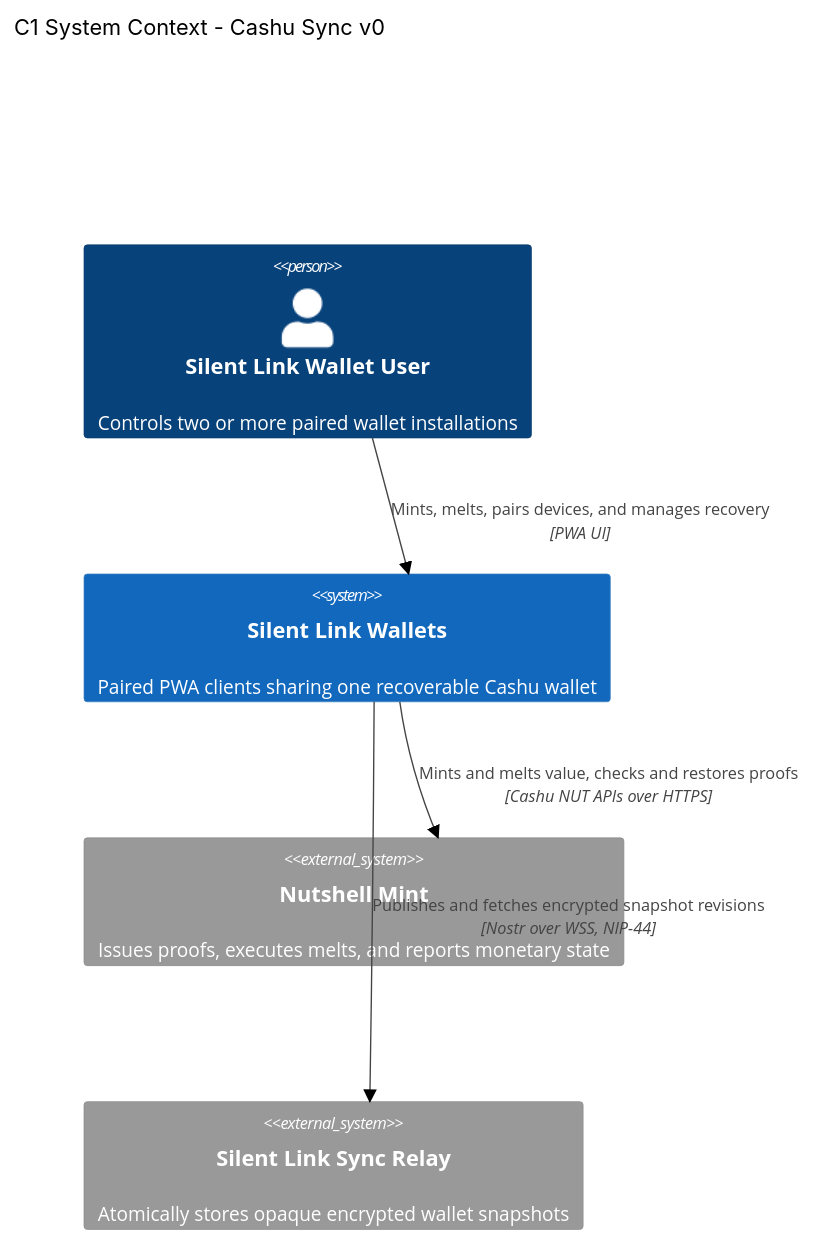
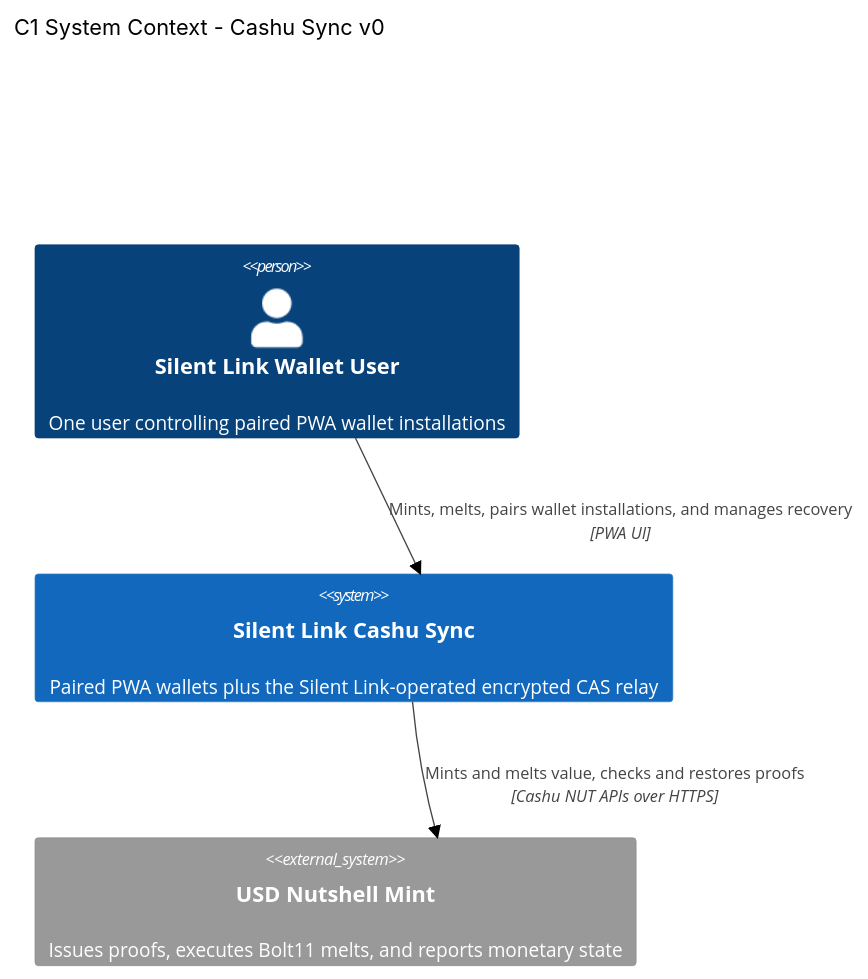
Before and after one commit to brenorb/cashu-sync: the diagram in docs/architecture/c1-system-context.md, drawn with Mermaid (neutral theme). The commit also changed other lines of this file and 12 other files, not shown here.

Commit message:
docs: finalize v0 architecture and local tutorial

````diff
--- a/docs/architecture/c1-system-context.md
+++ b/docs/architecture/c1-system-context.md
@@ -7,17 +7,14 @@
 ```mermaid
 C4Context
   title C1 System Context - Cashu Sync v0
 
-  Person(walletUser, "Silent Link Wallet User", "Controls two or more paired wallet installations")
+  Person(walletUser, "Silent Link Wallet User", "One user controlling paired PWA wallet installations")
 
-  System(walletClients, "Silent Link Wallets", "Paired PWA clients sharing one recoverable Cashu wallet")
+  System(cashuSync, "Silent Link Cashu Sync", "Paired PWA wallets plus the Silent Link-operated encrypted CAS relay")
+  System_Ext(nutshellMint, "USD Nutshell Mint", "Issues proofs, executes Bolt11 melts, and reports monetary state")
 
-  System_Ext(nutshellMint, "Nutshell Mint", "Issues proofs, executes melts, and reports monetary state")
-  System_Ext(syncRelay, "Silent Link Sync Relay", "Atomically stores opaque encrypted wallet snapshots")
-
-  Rel(walletUser, walletClients, "Mints, melts, pairs devices, and manages recovery", "PWA UI")
-  Rel(walletClients, nutshellMint, "Mints and melts value, checks and restores proofs", "Cashu NUT APIs over HTTPS")
-  Rel(walletClients, syncRelay, "Publishes and fetches encrypted snapshot revisions", "Nostr over WSS, NIP-44")
+  Rel(walletUser, cashuSync, "Mints, melts, pairs wallet installations, and manages recovery", "PWA UI")
+  Rel(cashuSync, nutshellMint, "Mints and melts value, checks and restores proofs", "Cashu NUT APIs over HTTPS")
 
   UpdateLayoutConfig($c4ShapeInRow="3", $c4BoundaryInRow="1")
 ```
````
